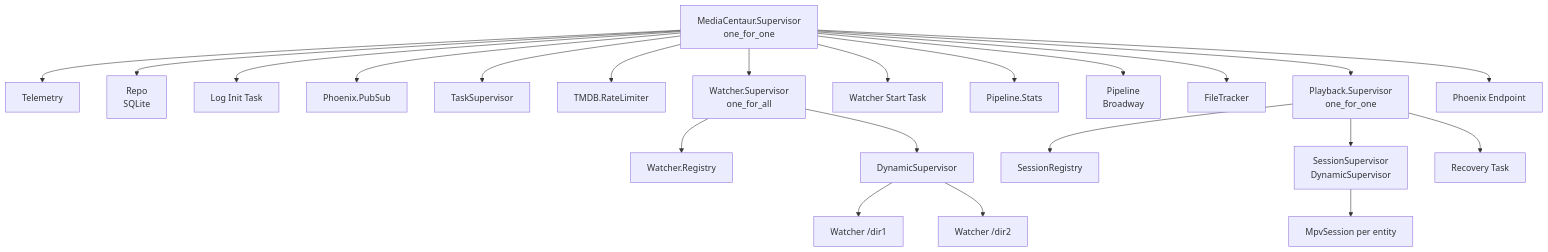
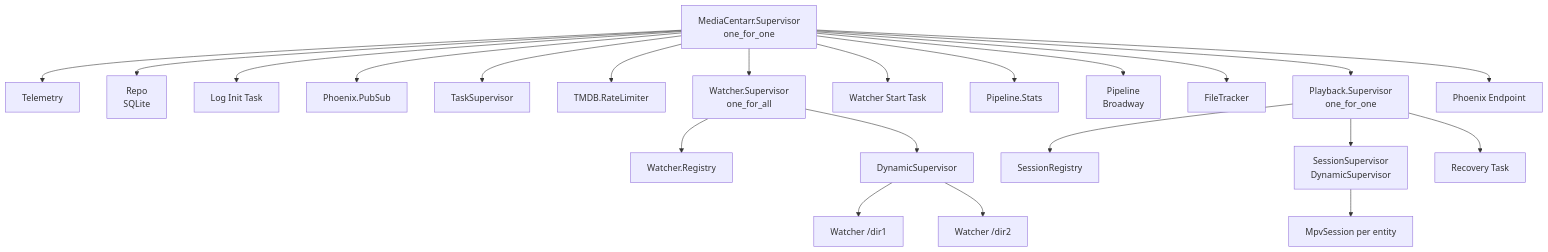
The third of 3 diagrams in docs/architecture.md (media-centaur/media-centaur), drawn with Mermaid before and after one commit. The commit also changed other lines of this file and 562 other files, not shown here.

Commit message:
chore: rename project to media-centarr

````diff
--- a/docs/architecture.md
+++ b/docs/architecture.md
@@ -72,28 +72,28 @@
 ```mermaid
 graph TD
-    App[MediaCentaur.Supervisor<br/>one_for_one]
+    App[MediaCentarr.Supervisor<br/>one_for_one]
 
     App --> Telemetry[Telemetry]
     App --> Repo[Repo<br/>SQLite]
     App --> LogInit[Log Init Task]
     App --> PubSub[Phoenix.PubSub]
     App --> TaskSup[TaskSupervisor]
     App --> RateLimiter[TMDB.RateLimiter]
     App --> WatcherSup[Watcher.Supervisor<br/>one_for_all]
     App --> WatcherStart[Watcher Start Task]
     App --> Stats[Pipeline.Stats]
     App --> Pipeline[Pipeline<br/>Broadway]
     App --> FileTracker[FileTracker]
     App --> PlaybackSup[Playback.Supervisor<br/>one_for_one]
     App --> Endpoint[Phoenix Endpoint]
 
     WatcherSup --> Registry[Watcher.Registry]
     WatcherSup --> DynSup[DynamicSupervisor]
     DynSup --> W1[Watcher /dir1]
     DynSup --> W2[Watcher /dir2]
 
     PlaybackSup --> SessionRegistry[SessionRegistry]
     PlaybackSup --> SessionSup[SessionSupervisor<br/>DynamicSupervisor]
     PlaybackSup --> RecoveryTask[Recovery Task]
     SessionSup --> MpvSession[MpvSession per entity]
 ```
````
